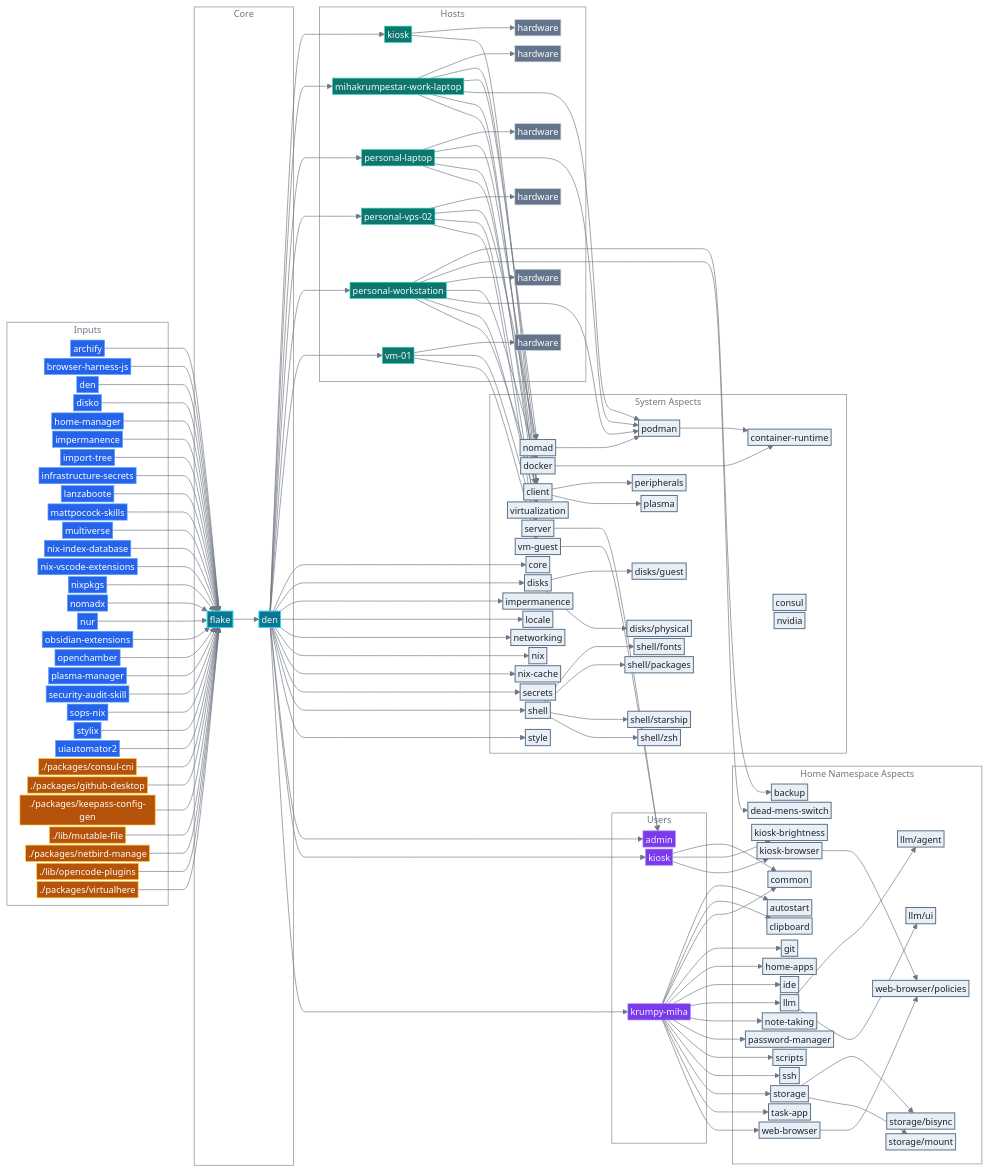
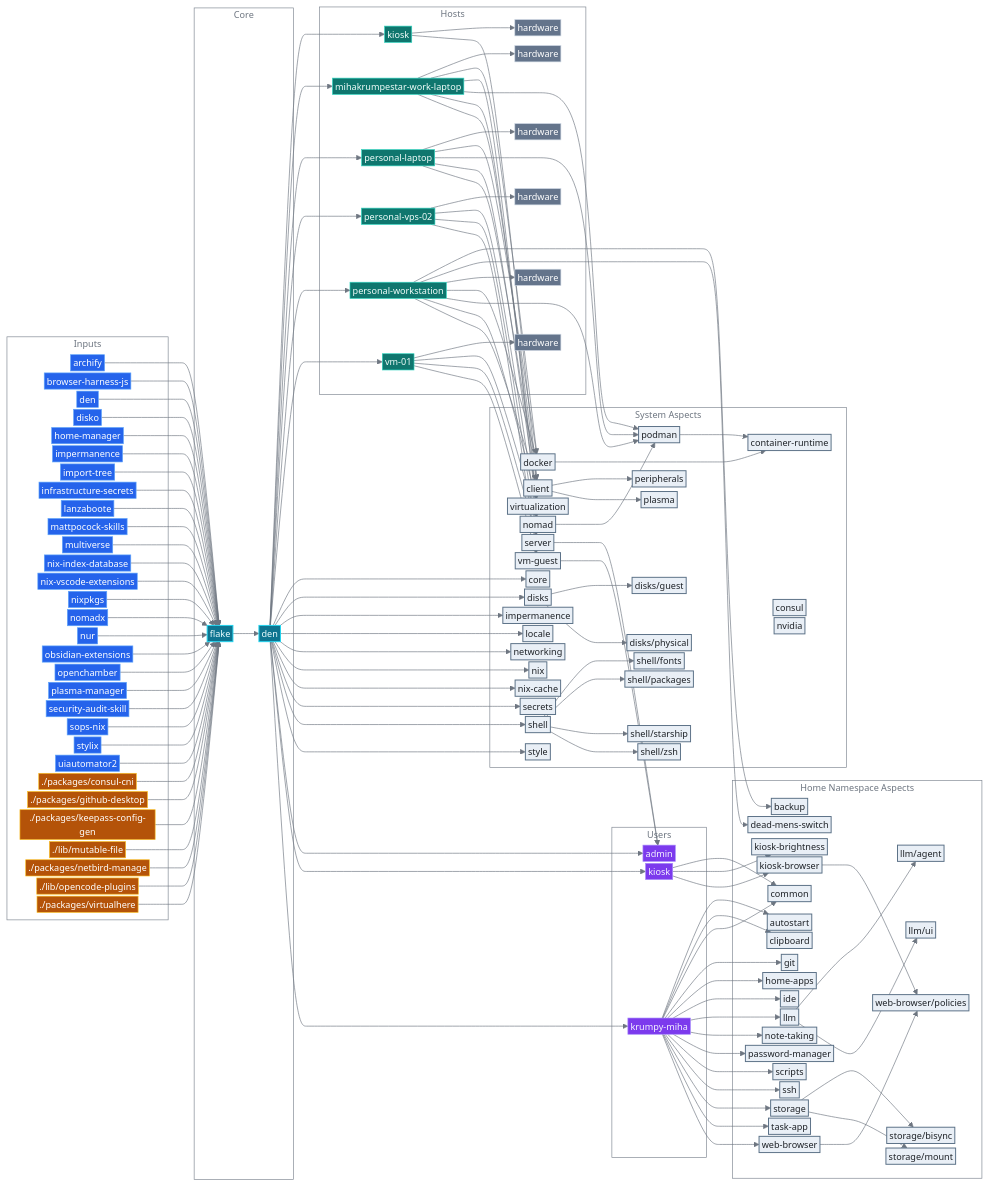
One commit to mihakrumpestar/infrastructure changed the diagram in README.md. Above: the diagram before and after it, drawn with Mermaid. The commit also changed other lines of this file and 16 other files, not shown here.

```diff
--- a/README.md
+++ b/README.md
@@ -298,6 +298,7 @@
     host_personal_workstation --> opt_virtualization
     host_personal_workstation --> type_client
     host_vm_01 --> host_vm_01_hardware
+    host_vm_01 --> opt_nomad
     host_vm_01 --> type_server
     host_vm_01 --> type_vm_guest
     input_archify --> flake
```
